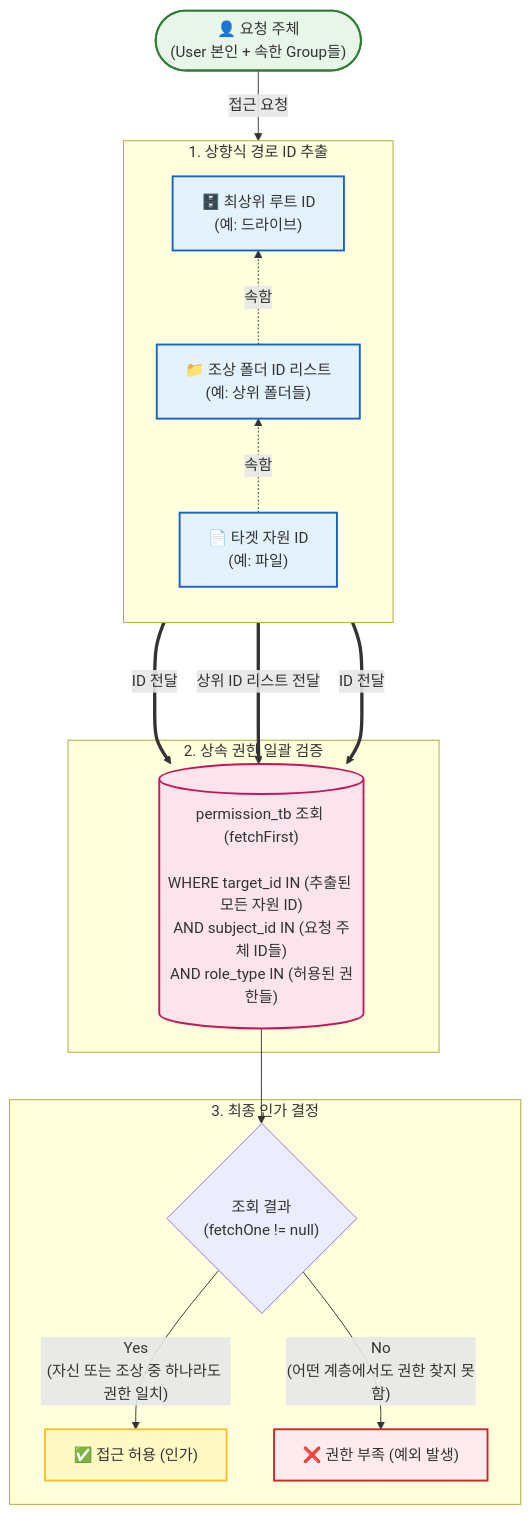
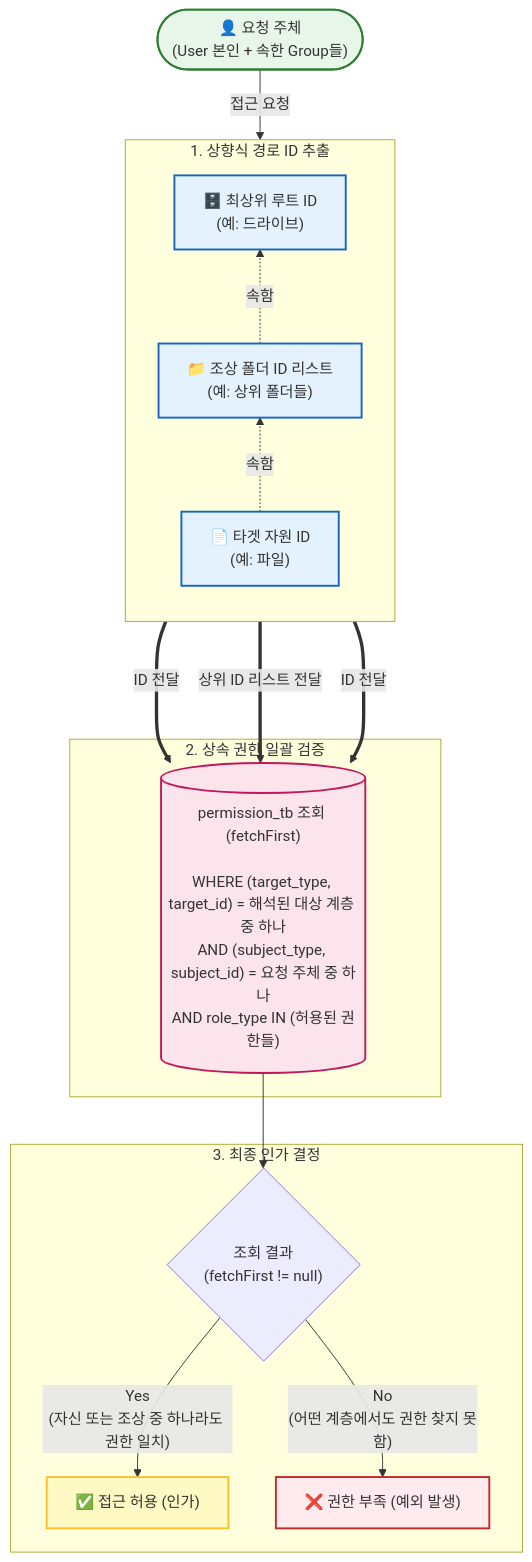
One commit to sul1074/Shared-AI-Drive changed the fifth of 8 diagrams in README.md. Above: the diagram before and after it, drawn with Mermaid. The commit also changed other lines of this file, not shown here.

````diff
--- a/README.md
+++ b/README.md
@@ -384,38 +384,38 @@
 ```mermaid
 flowchart TD
     %% 스타일 정의
     classDef user fill:#e8f5e9,stroke:#2e7d32,stroke-width:2px;
     classDef resource fill:#e3f2fd,stroke:#1565c0,stroke-width:2px;
     classDef db fill:#fce4ec,stroke:#c2185b,stroke-width:2px;
     classDef resultOn fill:#fff9c4,stroke:#fbc02d,stroke-width:2px;
     classDef resultOff fill:#ffebee,stroke:#c62828,stroke-width:2px;
 
     Client(["👤 요청 주체<br>(User 본인 + 속한 Group들)"]):::user
 
     subgraph Step1 ["1. 상향식 경로 ID 추출"]
         direction BT
         File["📄 타겟 자원 ID<br>(예: 파일)"]:::resource
         Folder["📁 조상 폴더 ID 리스트<br>(예: 상위 폴더들)"]:::resource
         Drive["🗄️ 최상위 루트 ID<br>(예: 드라이브)"]:::resource
         
         File -. "속함" .-> Folder -. "속함" .-> Drive
     end
 
     Client -->|"접근 요청"| File
 
     subgraph Step2 ["2. 상속 권한 일괄 검증"]
-        DB[("permission_tb 조회 (fetchFirst)<br><br>WHERE target_id IN (추출된 모든 자원 ID)<br>AND subject_id IN (요청 주체 ID들)<br>AND role_type IN (허용된 권한들)")]:::db
+        DB[("permission_tb 조회 (fetchFirst)<br><br>WHERE (target_type, target_id) = 해석된 대상 계층 중 하나<br>AND (subject_type, subject_id) = 요청 주체 중 하나<br>AND role_type IN (허용된 권한들)")]:::db
     end
 
     File ===>|"ID 전달"| DB
     Folder ===>|"상위 ID 리스트 전달"| DB
     Drive ===>|"ID 전달"| DB
 
     subgraph Step3 ["3. 최종 인가 결정"]
-        Check{"조회 결과<br>(fetchOne != null)"}
+        Check{"조회 결과<br>(fetchFirst != null)"}
         Check -- "Yes<br>(자신 또는 조상 중 하나라도 권한 일치)" --> Pass["✅ 접근 허용 (인가)"]:::resultOn
         Check -- "No<br>(어떤 계층에서도 권한 찾지 못함)" --> Fail["❌ 권한 부족 (예외 발생)"]:::resultOff
     end
 
     DB --> Check
 ```
````
